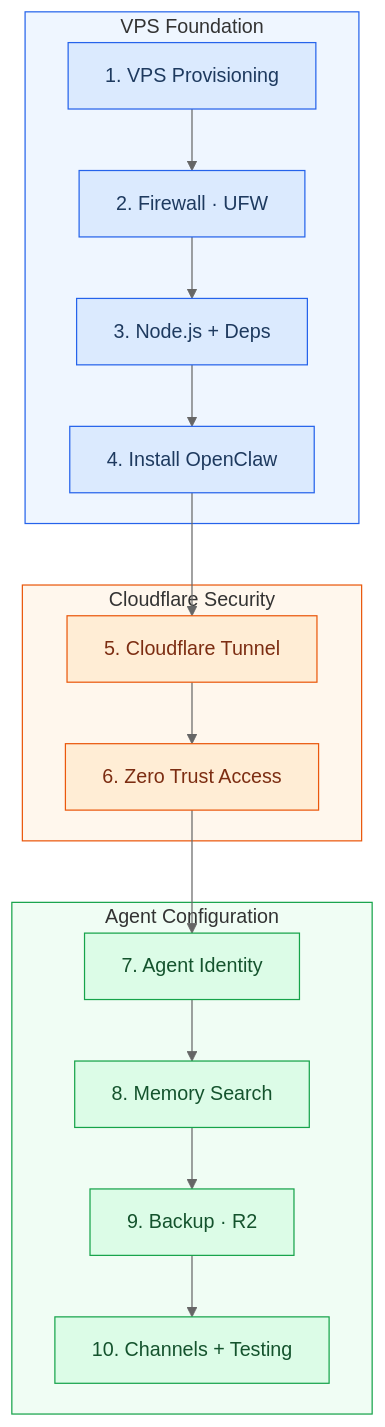
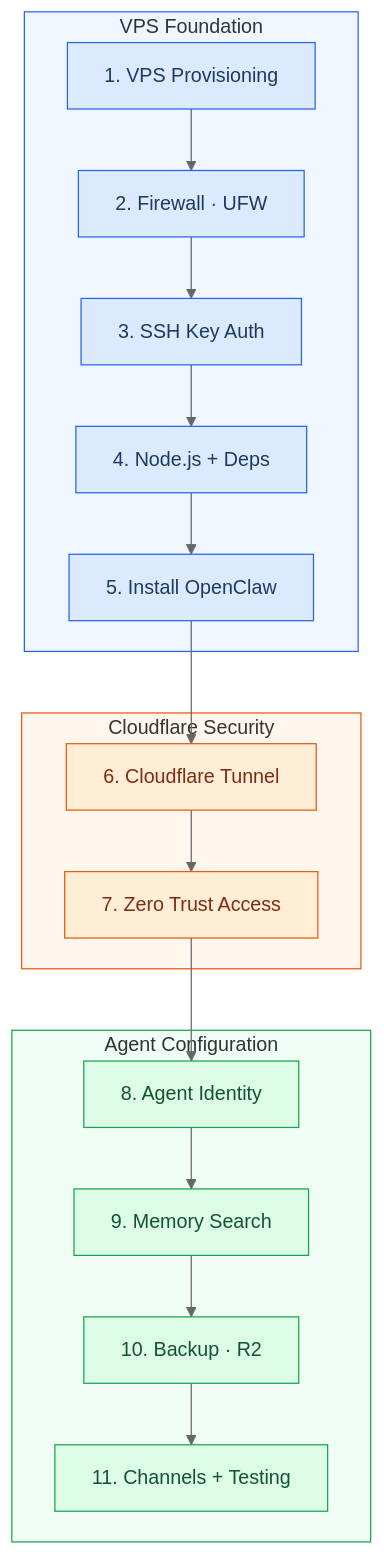
One commit to gaiar/openclaw-setup changed the first of 2 diagrams in docs/index.md. Above: the diagram before and after it, drawn with Mermaid (neutral theme). The commit also changed other lines of this file, not shown here.

First line of the commit message:
docs: add SSH key auth as step 3 in deployment pipeline

````diff
--- a/docs/index.md
+++ b/docs/index.md
@@ -53,35 +53,37 @@
 ```mermaid
 flowchart TD
     subgraph foundation["VPS Foundation"]
         A["1. VPS Provisioning"] --> B["2. Firewall · UFW"]
-        B --> C["3. Node.js + Deps"]
-        C --> D["4. Install OpenClaw"]
+        B --> B2["3. SSH Key Auth"]
+        B2 --> C["4. Node.js + Deps"]
+        C --> D["5. Install OpenClaw"]
     end
 
     subgraph security["Cloudflare Security"]
-        E["5. Cloudflare Tunnel"] --> F["6. Zero Trust Access"]
+        E["6. Cloudflare Tunnel"] --> F["7. Zero Trust Access"]
     end
 
     subgraph config["Agent Configuration"]
-        G["7. Agent Identity"] --> H["8. Memory Search"]
-        H --> I["9. Backup · R2"]
-        I --> J["10. Channels + Testing"]
+        G["8. Agent Identity"] --> H["9. Memory Search"]
+        H --> I["10. Backup · R2"]
+        I --> J["11. Channels + Testing"]
     end
 
     D --> E
     F --> G
 
     style A fill:#dbeafe,stroke:#2563eb,color:#1e3a5f
     style B fill:#dbeafe,stroke:#2563eb,color:#1e3a5f
+    style B2 fill:#dbeafe,stroke:#2563eb,color:#1e3a5f
     style C fill:#dbeafe,stroke:#2563eb,color:#1e3a5f
     style D fill:#dbeafe,stroke:#2563eb,color:#1e3a5f
     style E fill:#ffedd5,stroke:#ea580c,color:#7c2d12
     style F fill:#ffedd5,stroke:#ea580c,color:#7c2d12
     style G fill:#dcfce7,stroke:#16a34a,color:#14532d
     style H fill:#dcfce7,stroke:#16a34a,color:#14532d
     style I fill:#dcfce7,stroke:#16a34a,color:#14532d
     style J fill:#dcfce7,stroke:#16a34a,color:#14532d
     style foundation fill:#eff6ff,stroke:#2563eb
     style security fill:#fff7ed,stroke:#ea580c
     style config fill:#f0fdf4,stroke:#16a34a
 ```
````
